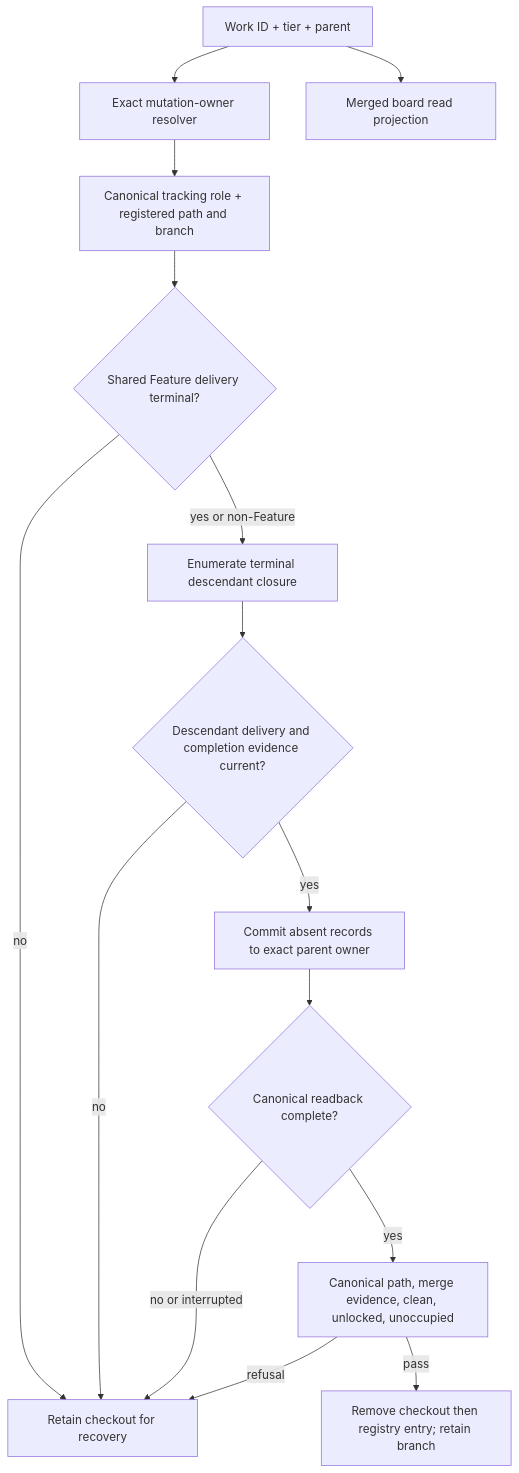
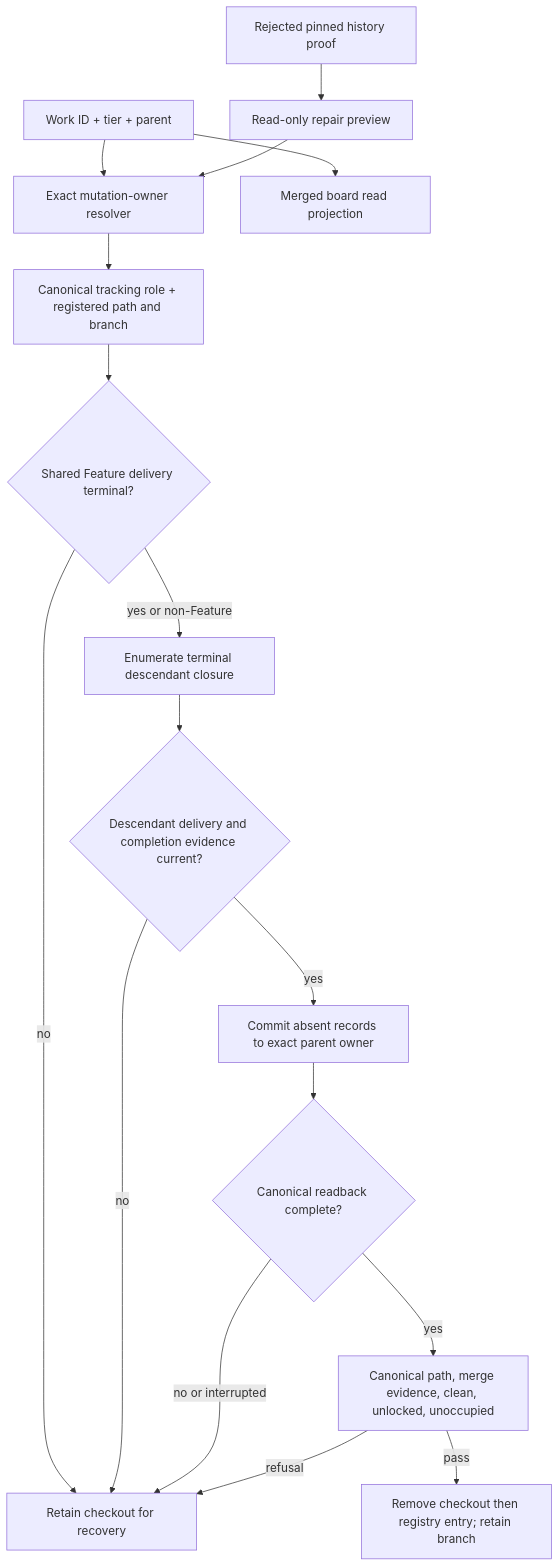
One commit to vincentc-b/CascadeCode changed the fifth of 6 diagrams in cascade/workspace/DESIGN.md. Above: the diagram before and after it, drawn with Mermaid. The commit also changed other lines of this file and 8 other files, not shown here.

````diff
--- a/cascade/workspace/DESIGN.md
+++ b/cascade/workspace/DESIGN.md
@@ -406,17 +415,19 @@
 ```mermaid
 flowchart TD
     ID[Work ID + tier + parent] --> Owner[Exact mutation-owner resolver]
+    History[Rejected pinned history proof] --> Preview[Read-only repair preview]
+    Preview --> Owner
     Owner --> Registry[Canonical tracking role + registered path and branch]
     ID --> Projection[Merged board read projection]
     Registry --> Delivery{Shared Feature delivery terminal?}
     Delivery -->|no| Retain
     Delivery -->|yes or non-Feature| Terminal[Enumerate terminal descendant closure]
     Terminal --> Evidence{Descendant delivery and completion evidence current?}
     Evidence -->|no| Retain
     Evidence -->|yes| Persist[Commit absent records to exact parent owner]
     Persist --> Readback{Canonical readback complete?}
     Readback -->|no or interrupted| Retain
     Readback -->|yes| Gates[Canonical path, merge evidence, clean, unlocked, unoccupied]
     Gates -->|pass| Remove[Remove checkout then registry entry; retain branch]
     Gates -->|refusal| Retain[Retain checkout for recovery]
 ```
````
